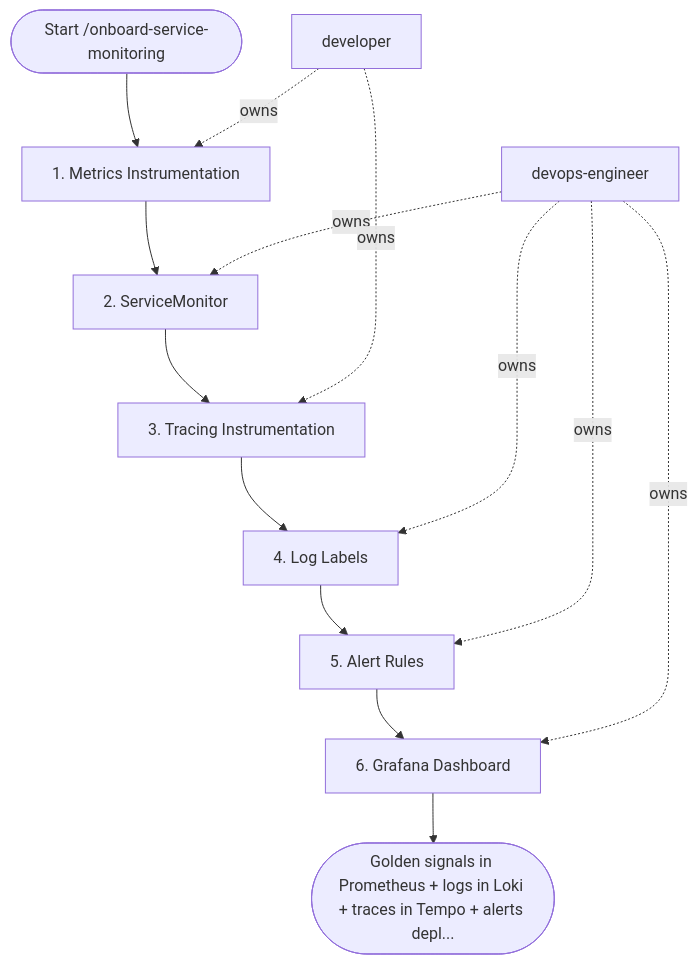
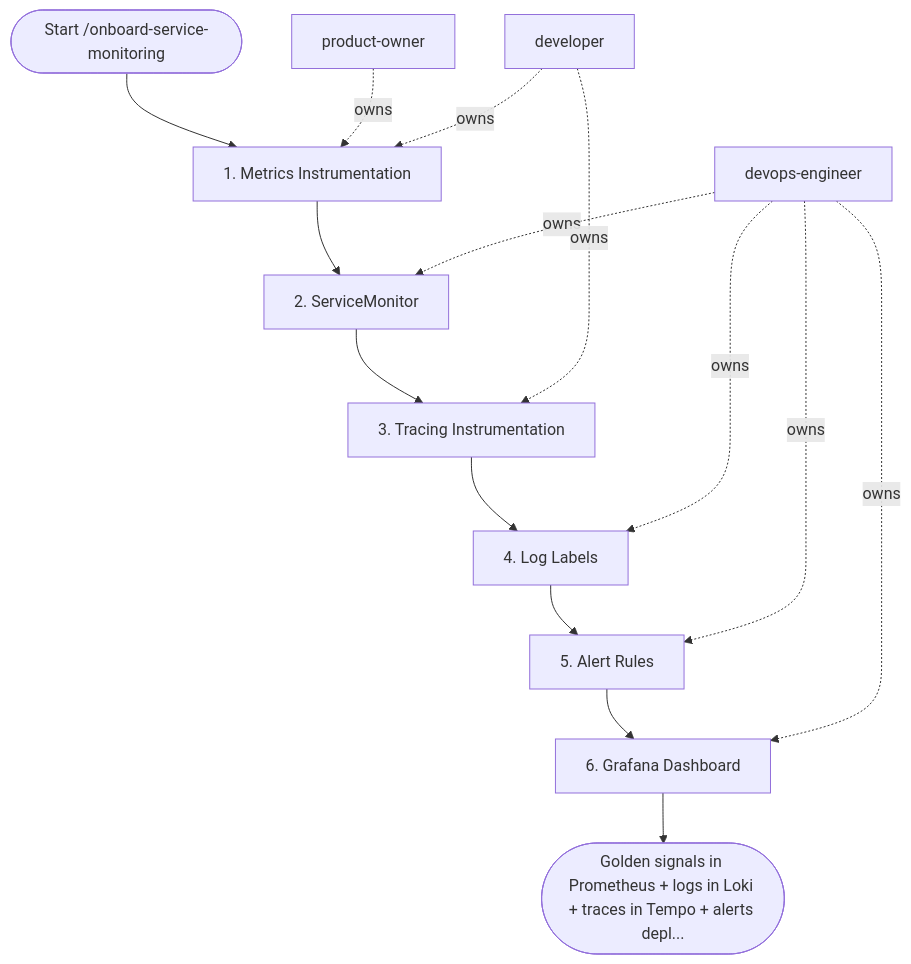
Before and after one commit to sawrus/agent-guides: the diagram in areas/devops/observability/workflows/onboard-service-monitoring.md, drawn with Mermaid. The commit also changed other lines of this file and 76 other files, not shown here.

Commit message:
Standardize workflow product owner initiation

````diff
--- a/areas/devops/observability/workflows/onboard-service-monitoring.md
+++ b/areas/devops/observability/workflows/onboard-service-monitoring.md
@@ -85,26 +85,28 @@
 ```mermaid
 flowchart TD
   start(["Start /onboard-service-monitoring"])
-  role_1["developer"]
-  role_2["devops-engineer"]
+  role_1["product-owner"]
+  role_2["developer"]
+  role_3["devops-engineer"]
   step_1["1. Metrics Instrumentation"]
   step_2["2. ServiceMonitor"]
   step_3["3. Tracing Instrumentation"]
   step_4["4. Log Labels"]
   step_5["5. Alert Rules"]
   step_6["6. Grafana Dashboard"]
   exit(["Golden signals in Prometheus + logs in Loki + traces in Tempo + alerts depl..."])
   start --> step_1
   step_1 --> step_2
   step_2 --> step_3
   step_3 --> step_4
   step_4 --> step_5
   step_5 --> step_6
   step_6 --> exit
   role_1 -. owns .-> step_1
-  role_2 -. owns .-> step_2
-  role_1 -. owns .-> step_3
-  role_2 -. owns .-> step_4
-  role_2 -. owns .-> step_5
-  role_2 -. owns .-> step_6
+  role_2 -. owns .-> step_1
+  role_3 -. owns .-> step_2
+  role_2 -. owns .-> step_3
+  role_3 -. owns .-> step_4
+  role_3 -. owns .-> step_5
+  role_3 -. owns .-> step_6
 ```
````
